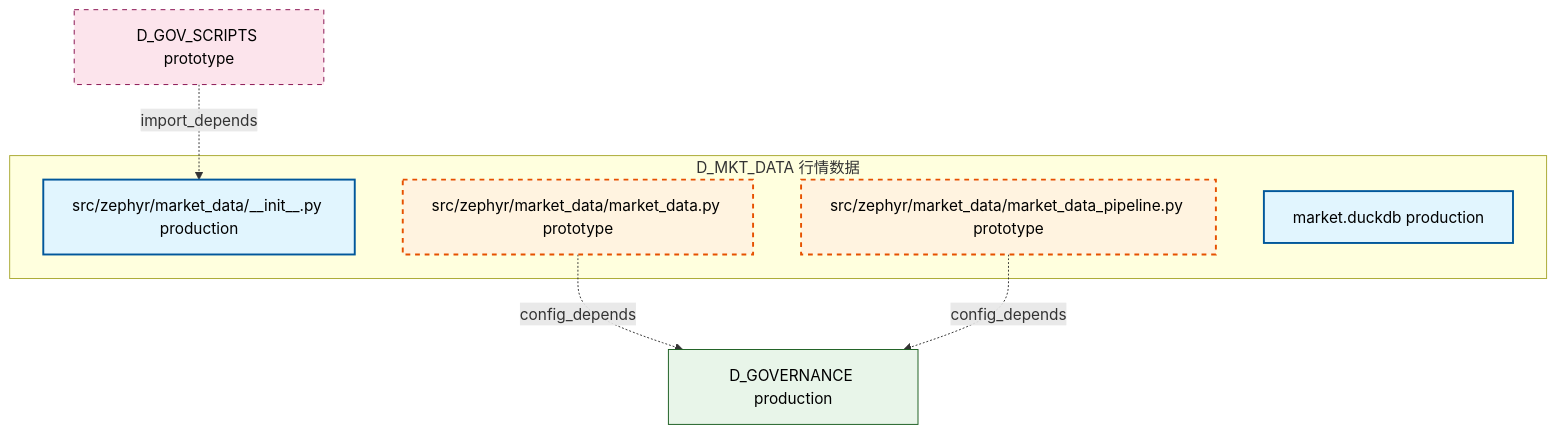
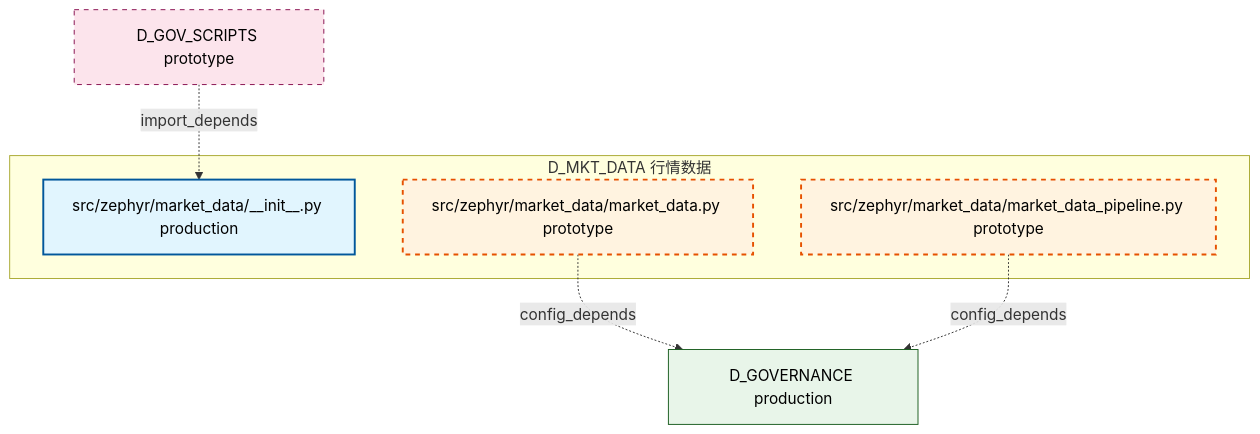
The diagram in docs/02_enterprise_architecture/02_domain_architecture_docs/15_d_mkt_data.md (xuanFelixVan/ZephyrAlpha), drawn with Mermaid before and after one commit. The commit also changed other lines of this file and 105 other files, not shown here.

````diff
--- a/docs/02_enterprise_architecture/02_domain_architecture_docs/15_d_mkt_data.md
+++ b/docs/02_enterprise_architecture/02_domain_architecture_docs/15_d_mkt_data.md
@@ -47,22 +47,21 @@
 ```mermaid
 graph TD
     subgraph D_MKT_DATA["D_MKT_DATA 行情数据"]
         src_zephyr_market_data_init_py["src/zephyr/market_data/__init__.py production"]
         src_zephyr_market_data_market_data_py["src/zephyr/market_data/market_data.py prototype"]
         src_zephyr_market_data_market_data_pipeline_py["src/zephyr/market_data/market_data_pipeline.py prototype"]
-        infrastructure_registry_yaml_INFRA_DB_005["market.duckdb production"]
     end
     D_GOVERNANCE["D_GOVERNANCE production"]
     src_zephyr_market_data_market_data_py -.->|config_depends| D_GOVERNANCE
     src_zephyr_market_data_market_data_pipeline_py -.->|config_depends| D_GOVERNANCE
     D_GOV_SCRIPTS["D_GOV_SCRIPTS prototype"]
     D_GOV_SCRIPTS -.->|import_depends| src_zephyr_market_data_init_py
     classDef production fill:#e1f5fe,stroke:#01579b,stroke-width:2px,color:#000
     classDef design fill:#fff3e0,stroke:#e65100,stroke-width:2px,color:#000,stroke-dasharray: 5 5
     classDef external_prod fill:#e8f5e9,stroke:#1b5e20,stroke-width:1px,color:#000
     classDef external_design fill:#fce4ec,stroke:#880e4f,stroke-width:1px,color:#000,stroke-dasharray: 5 5
-    class src_zephyr_market_data_init_py,infrastructure_registry_yaml_INFRA_DB_005 production
+    class src_zephyr_market_data_init_py production
     class src_zephyr_market_data_market_data_py,src_zephyr_market_data_market_data_pipeline_py design
     class D_GOVERNANCE external_prod
     class D_GOV_SCRIPTS external_design
 ```
````
